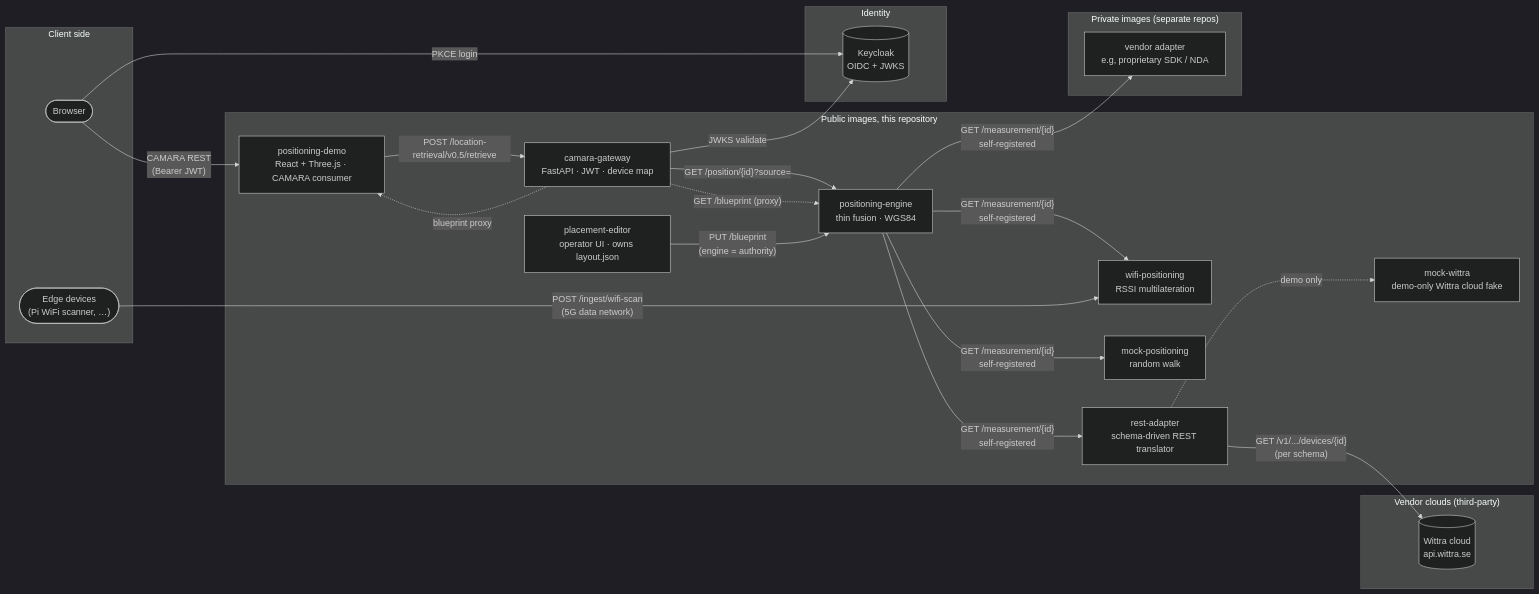
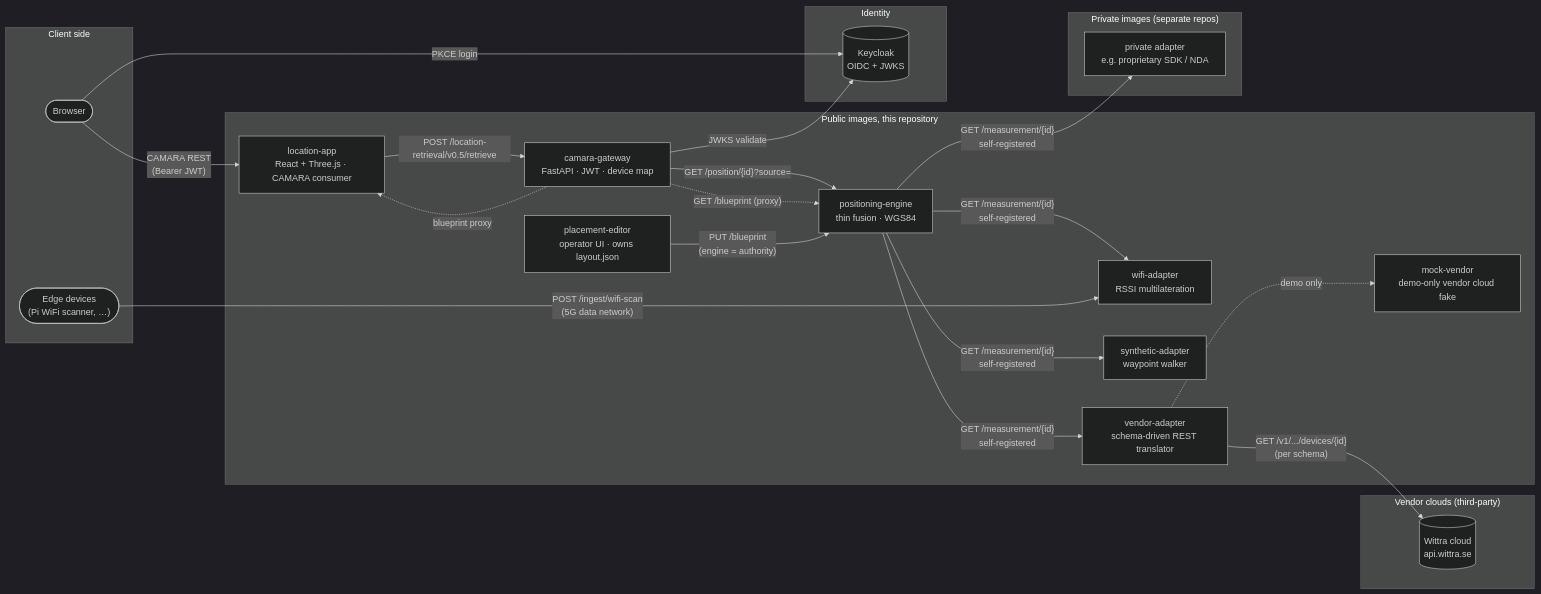
The first of 4 diagrams in docs/architecture.md (Jacobbista/5g-northbound), drawn with Mermaid (dark theme) before and after one commit. The commit also changed other lines of this file and 241 other files, not shown here.

````diff
--- a/docs/architecture.md
+++ b/docs/architecture.md
@@ -7,47 +7,47 @@
 ```mermaid
 flowchart LR
   subgraph client["Client side"]
     BR(["Browser"])
     EDGE(["Edge devices<br/>(Pi WiFi scanner, …)"])
   end
 
   subgraph public["Public images, this repository"]
-    DEMO["positioning-demo<br/>React + Three.js · CAMARA consumer"]
+    DEMO["location-app<br/>React + Three.js · CAMARA consumer"]
     EDIT["placement-editor<br/>operator UI · owns layout.json"]
     GW["camara-gateway<br/>FastAPI · JWT · device map"]
     ENG["positioning-engine<br/>thin fusion · WGS84"]
-    WIFI["wifi-positioning<br/>RSSI multilateration"]
-    MOCK["mock-positioning<br/>random walk"]
-    REST["rest-adapter<br/>schema-driven REST translator"]
-    MWIT["mock-wittra<br/>demo-only Wittra cloud fake"]
+    WIFI["wifi-adapter<br/>RSSI multilateration"]
+    MOCK["synthetic-adapter<br/>waypoint walker"]
+    REST["vendor-adapter<br/>schema-driven REST translator"]
+    MWIT["mock-vendor<br/>demo-only vendor cloud fake"]
   end
 
   subgraph private["Private images (separate repos)"]
-    VENDOR["vendor adapter<br/>e.g, proprietary SDK / NDA"]
+    VENDOR["private adapter<br/>e.g. proprietary SDK / NDA"]
   end
 
   subgraph vendor_cloud["Vendor clouds (third-party)"]
     WITTRA[("Wittra cloud<br/>api.wittra.se")]
   end
 
   subgraph identity["Identity"]
     KC[("Keycloak<br/>OIDC + JWKS")]
   end
 
   BR -- "PKCE login" --> KC
   BR -- "CAMARA REST<br/>(Bearer JWT)" --> DEMO
   DEMO -- "POST /location-retrieval/v0.5/retrieve" --> GW
   GW -- "JWKS validate" --> KC
   GW -- "GET /position/{id}?source=" --> ENG
   GW -. "GET /blueprint (proxy)" .-> ENG
   ENG -- "GET /measurement/{id}<br/>self-registered" --> WIFI
   ENG -- "GET /measurement/{id}<br/>self-registered" --> MOCK
   ENG -- "GET /measurement/{id}<br/>self-registered" --> REST
   ENG -- "GET /measurement/{id}<br/>self-registered" --> VENDOR
   REST -- "GET /v1/.../devices/{id}<br/>(per schema)" --> WITTRA
   REST -. "demo only" .-> MWIT
   EDGE -- "POST /ingest/wifi-scan<br/>(5G data network)" --> WIFI
 
   EDIT -- "PUT /blueprint<br/>(engine = authority)" --> ENG
   GW -. "blueprint proxy" .-> DEMO
 ```
````
